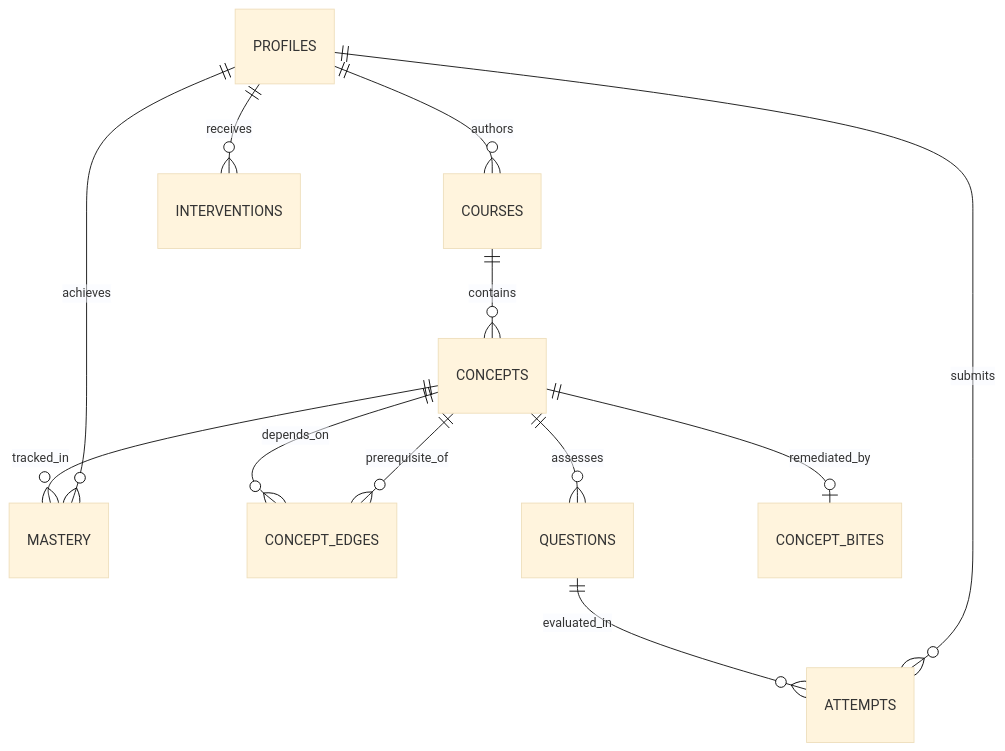
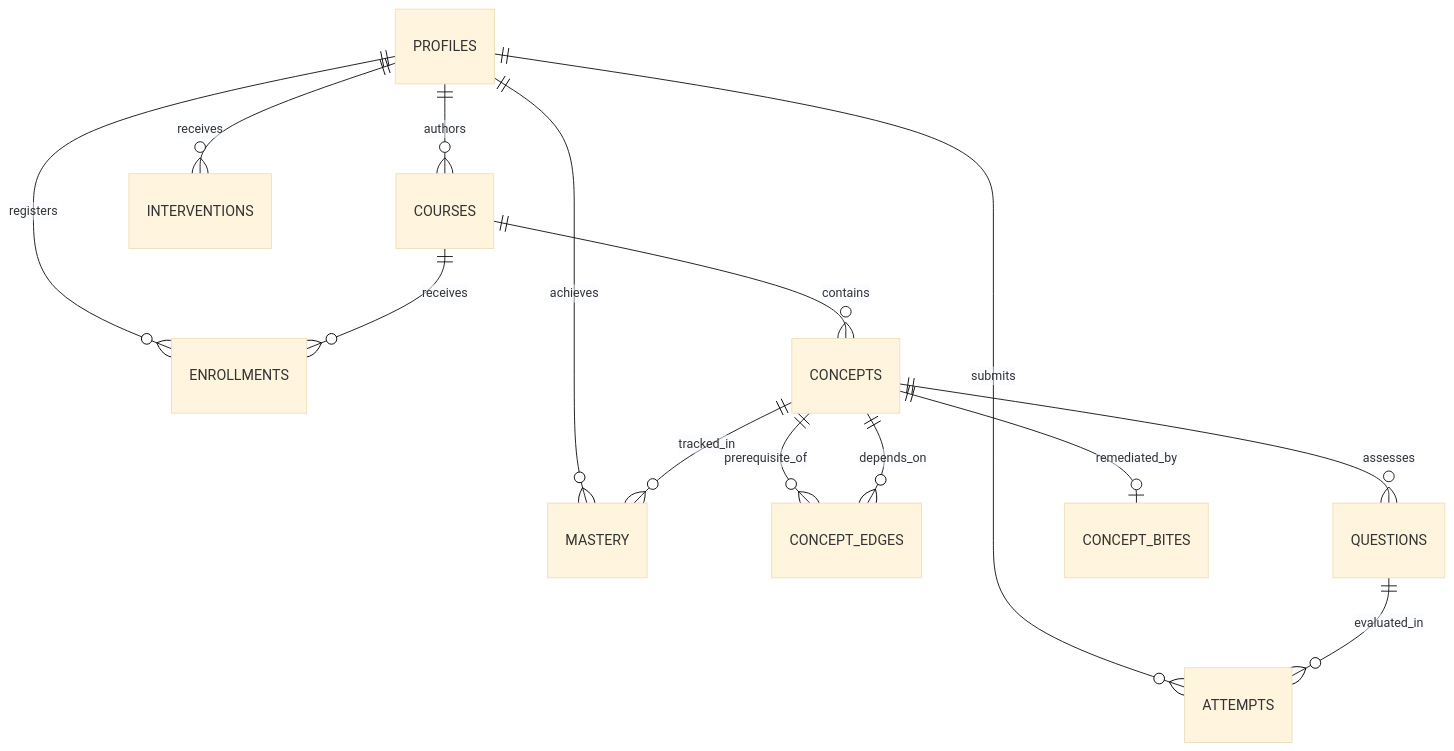
The second of 2 diagrams in docs/SRS.md (codermeghagithub/learnpulse-app), drawn with Mermaid (base theme) before and after one commit. The commit also changed other lines of this file and 29 other files, not shown here.

````diff
--- a/docs/SRS.md
+++ b/docs/SRS.md
@@ -267,16 +281,18 @@
 ```mermaid
 erDiagram
     PROFILES ||--o{ COURSES : "authors"
+    PROFILES ||--o{ ENROLLMENTS : "registers"
+    COURSES ||--o{ ENROLLMENTS : "receives"
     PROFILES ||--o{ ATTEMPTS : "submits"
     PROFILES ||--o{ MASTERY : "achieves"
     PROFILES ||--o{ INTERVENTIONS : "receives"
     
     COURSES ||--o{ CONCEPTS : "contains"
     CONCEPTS ||--o{ CONCEPT_EDGES : "prerequisite_of"
     CONCEPTS ||--o{ CONCEPT_EDGES : "depends_on"
     CONCEPTS ||--o{ QUESTIONS : "assesses"
     CONCEPTS ||--o{ MASTERY : "tracked_in"
     CONCEPTS ||--o| CONCEPT_BITES : "remediated_by"
     
     QUESTIONS ||--o{ ATTEMPTS : "evaluated_in"
 ```
````
